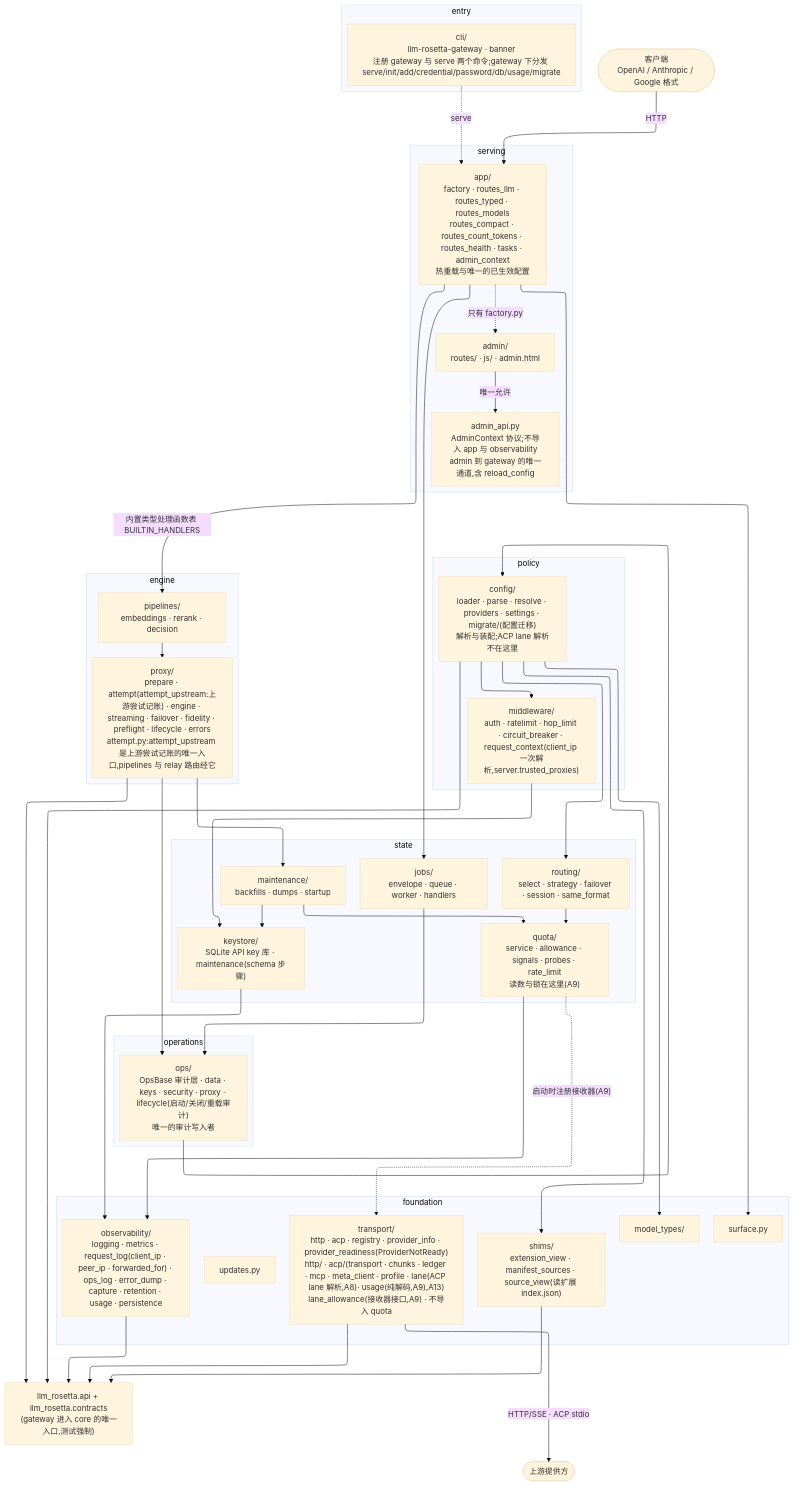
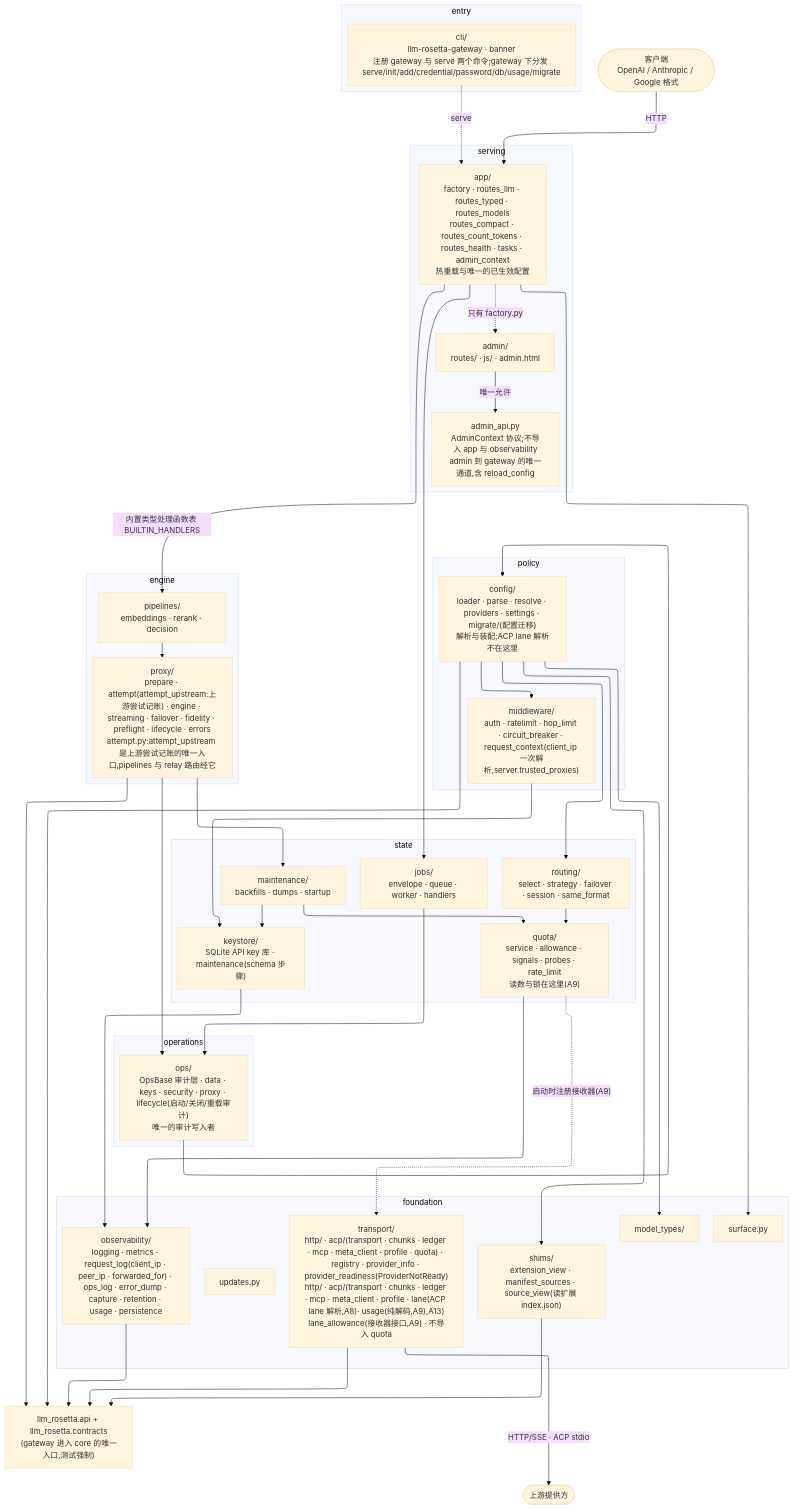
The diagram in gap_ideal.mmd (Oaklight/llm-rosetta), drawn with Mermaid (base theme) before and after one commit. The commit also changed 5 other files, not shown here.

Commit message:
diagrams: transport/acp/ is a package (#1830 A13)

```diff
--- a/gap_ideal.mmd
+++ b/gap_ideal.mmd
@@ -1,71 +1,71 @@
 ---
 config:
   layout: elk
 ---
 flowchart TB
   subgraph STATE["state"]
     KEYSTORE["keystore/<br/>SQLite API key 库 · maintenance(schema 步骤)"]
     MAINT["maintenance/<br/>backfills · dumps · startup"]
     JOBS["jobs/<br/>envelope · queue · worker · handlers"]
     QUOTA["quota/<br/>service · allowance · signals · probes · rate_limit<br/>读数与锁在这里(A9)"]
     ROUTING["routing/<br/>select · strategy · failover · session · same_format"]
   end
   subgraph POLICY["policy"]
     CONFIG["config/<br/>loader · parse · resolve · providers · settings · migrate/(配置迁移)<br/>解析与装配;ACP lane 解析不在这里"]
     MW["middleware/<br/>auth · ratelimit · hop_limit · circuit_breaker · request_context(client_ip 一次解析,server.trusted_proxies)"]
   end
   subgraph FOUNDATION["foundation"]
-    TRANSPORT["transport/<br/>http · acp · registry · provider_info · provider_readiness(ProviderNotReady)<br/>http/ · acp/(transport · chunks · ledger · mcp · meta_client · profile · lane(ACP lane 解析,A8)· usage(纯解码,A9),A13)<br/>lane_allowance(接收器接口,A9) · 不导入 quota"]
+    TRANSPORT["transport/<br/>http/ · acp/(transport · chunks · ledger · mcp · meta_client · profile · quota) · registry · provider_info · provider_readiness(ProviderNotReady)<br/>http/ · acp/(transport · chunks · ledger · mcp · meta_client · profile · lane(ACP lane 解析,A8)· usage(纯解码,A9),A13)<br/>lane_allowance(接收器接口,A9) · 不导入 quota"]
     SURF["surface.py"]
     OBS["observability/<br/>logging · metrics · request_log(client_ip · peer_ip · forwarded_for) · ops_log · error_dump · capture · retention · usage · persistence"]
     UPD["updates.py"]
     MT["model_types/"]
     SHIMS["shims/<br/>extension_view · manifest_sources · source_view(读扩展 index.json)"]
   end
   subgraph ENGINE["engine"]
     PROXY["proxy/<br/>prepare · attempt(attempt_upstream:上游尝试记账) · engine · streaming · failover · fidelity · preflight · lifecycle · errors<br/>attempt.py:attempt_upstream 是上游尝试记账的唯一入口,pipelines 与 relay 路由经它"]
     PIPES["pipelines/<br/>embeddings · rerank · decision"]
   end
   subgraph OPERATIONS["operations"]
     OPS["ops/<br/>OpsBase 审计层 · data · keys · security · proxy · lifecycle(启动/关闭/重载审计)<br/>唯一的审计写入者"]
   end
   subgraph ENTRY["entry"]
     CLI["cli/<br/>llm-rosetta-gateway · banner<br/>注册 gateway 与 serve 两个命令;gateway 下分发 serve/init/add/credential/password/db/usage/migrate"]
   end
   CLIENT(["客户端<br/>OpenAI / Anthropic / Google 格式"])
   CORE["llm_rosetta.api + llm_rosetta.contracts<br/>(gateway 进入 core 的唯一入口,测试强制)"]
   UP(["上游提供方"])
   subgraph SERVING["serving"]
     ADMINAPI["admin_api.py<br/>AdminContext 协议;不导入 app 与 observability<br/>admin 到 gateway 的唯一通道,含 reload_config"]
     ADMIN["admin/<br/>routes/ · js/ · admin.html"]
     APP["app/<br/>factory · routes_llm · routes_typed · routes_models<br/>routes_compact · routes_count_tokens · routes_health · tasks · admin_context<br/>热重载与唯一的已生效配置"]
   end
   ADMIN -->|"唯一允许"| ADMINAPI
   APP -.->|"只有 factory.py"| ADMIN
   APP --> JOBS
   APP -->|"内置类型处理函数表 BUILTIN_HANDLERS"| PIPES
   APP --> SURF
   CLI -.->|"serve"| APP
   CONFIG --> MW
   CONFIG --> MT
   CONFIG --> ROUTING
   CONFIG --> SHIMS
   JOBS --> OPS
   KEYSTORE --> OBS
   MAINT --> KEYSTORE
   MAINT --> QUOTA
   MW --> KEYSTORE
   OPS --> CONFIG
   PIPES --> PROXY
   PROXY --> MAINT
   PROXY --> OPS
   QUOTA --> OBS
   QUOTA -.->|"启动时注册接收器(A9)"| TRANSPORT
   ROUTING --> QUOTA
   CONFIG --> CORE
   TRANSPORT -->|HTTP/SSE · ACP stdio| UP
   OBS --> CORE
   SHIMS --> CORE
   TRANSPORT --> CORE
   CLIENT -->|HTTP| APP
   PROXY --> CORE
```
